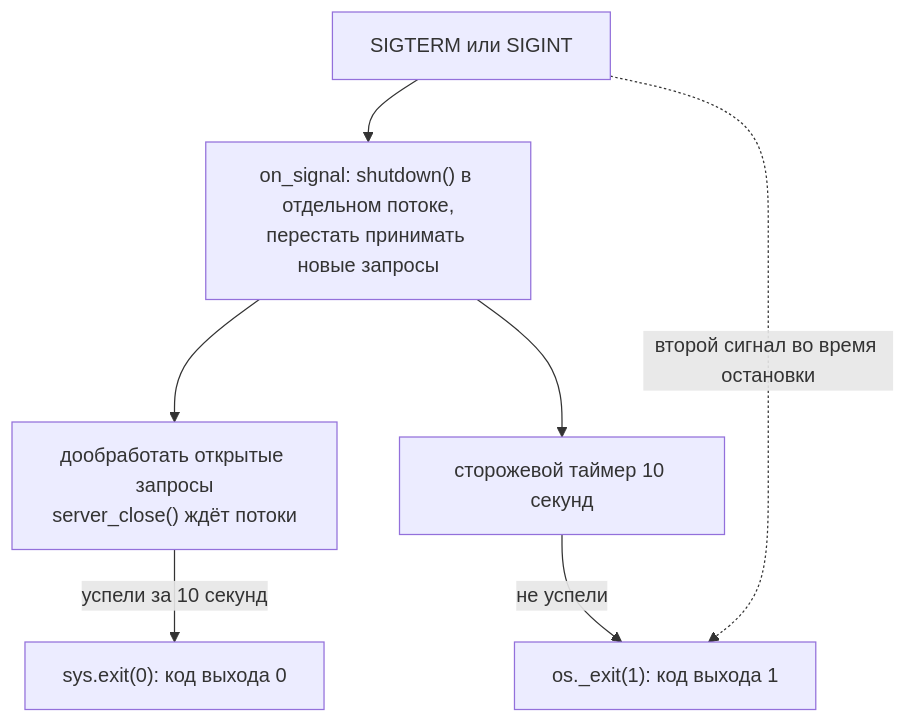
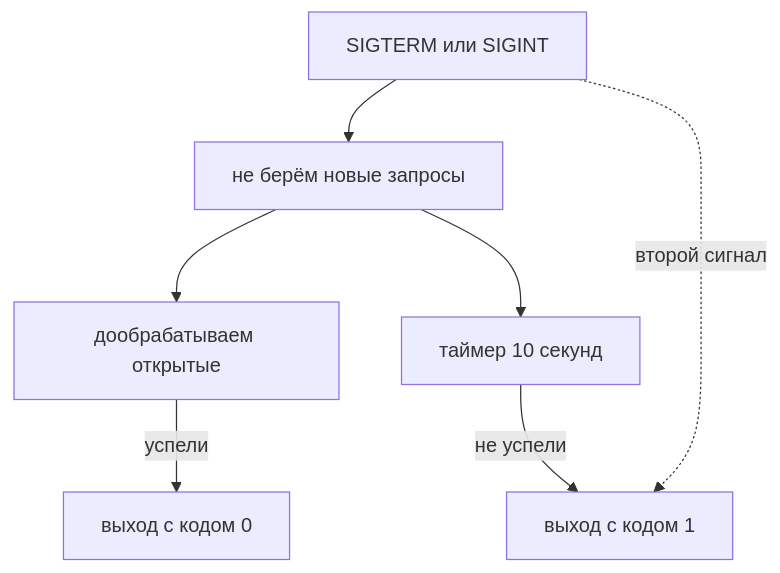
Before and after one commit to distinguished-sre/learning: the third of 3 diagrams in devops/01-linux/04-processes-signals.md, drawn with Mermaid. The commit also changed other lines of this file and 462 other files, not shown here.

````diff
--- a/devops/01-linux/04-processes-signals.md
+++ b/devops/01-linux/04-processes-signals.md
@@ -545,9 +531,9 @@
 ```mermaid
 flowchart TD
-    A["SIGTERM или SIGINT"] --> B["on_signal: shutdown() в отдельном потоке,<br>перестать принимать новые запросы"]
-    B --> C["дообработать открытые запросы<br>server_close() ждёт потоки"]
-    C -->|"успели за 10 секунд"| D["sys.exit(0): код выхода 0"]
-    B --> W["сторожевой таймер 10 секунд"]
-    W -->|"не успели"| E["os._exit(1): код выхода 1"]
-    A -.->|"второй сигнал во время остановки"| E
+    A["SIGTERM или SIGINT"] --> B["не берём новые запросы"]
+    B --> C["дообрабатываем открытые"]
+    C -->|"успели"| D["выход с кодом 0"]
+    B --> W["таймер 10 секунд"]
+    W -->|"не успели"| E["выход с кодом 1"]
+    A -.->|"второй сигнал"| E
 ```
````
